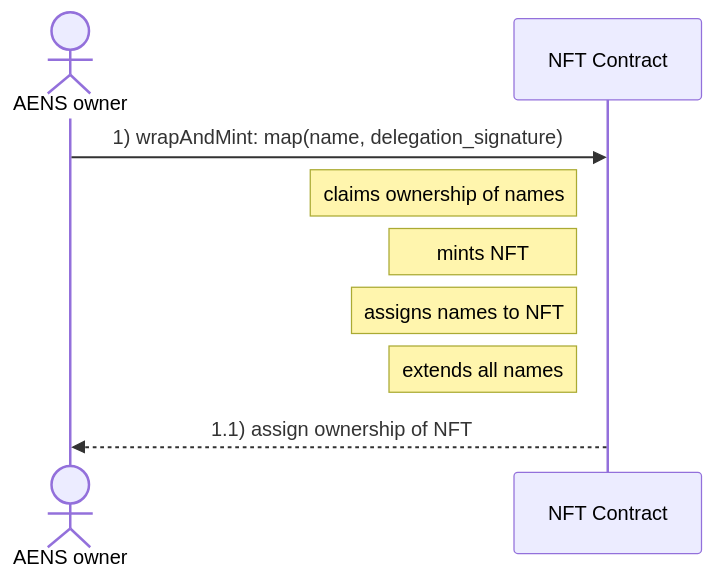
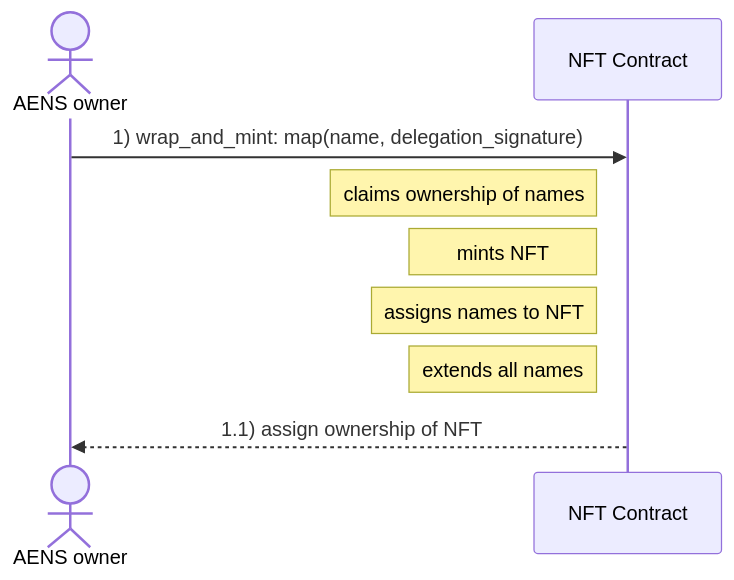
Before and after one commit to marc0olo/aens-nfts: the first of 3 diagrams in docs/diagrams/wrap_aens_names.md, drawn with Mermaid. The commit also changed other lines of this file and 17 other files, not shown here.

````diff
--- a/docs/diagrams/wrap_aens_names.md
+++ b/docs/diagrams/wrap_aens_names.md
@@ -4,10 +4,10 @@
 ```mermaid
 sequenceDiagram
     actor AENS owner
-    AENS owner ->> NFT Contract: 1) wrapAndMint: map(name, delegation_signature)
+    AENS owner ->> NFT Contract: 1) wrap_and_mint: map(name, delegation_signature)
     Note left of NFT Contract: claims ownership of names
     Note left of NFT Contract: mints NFT
     Note left of NFT Contract: assigns names to NFT
     Note left of NFT Contract: extends all names
     NFT Contract -->> AENS owner: 1.1) assign ownership of NFT
 ```
````
